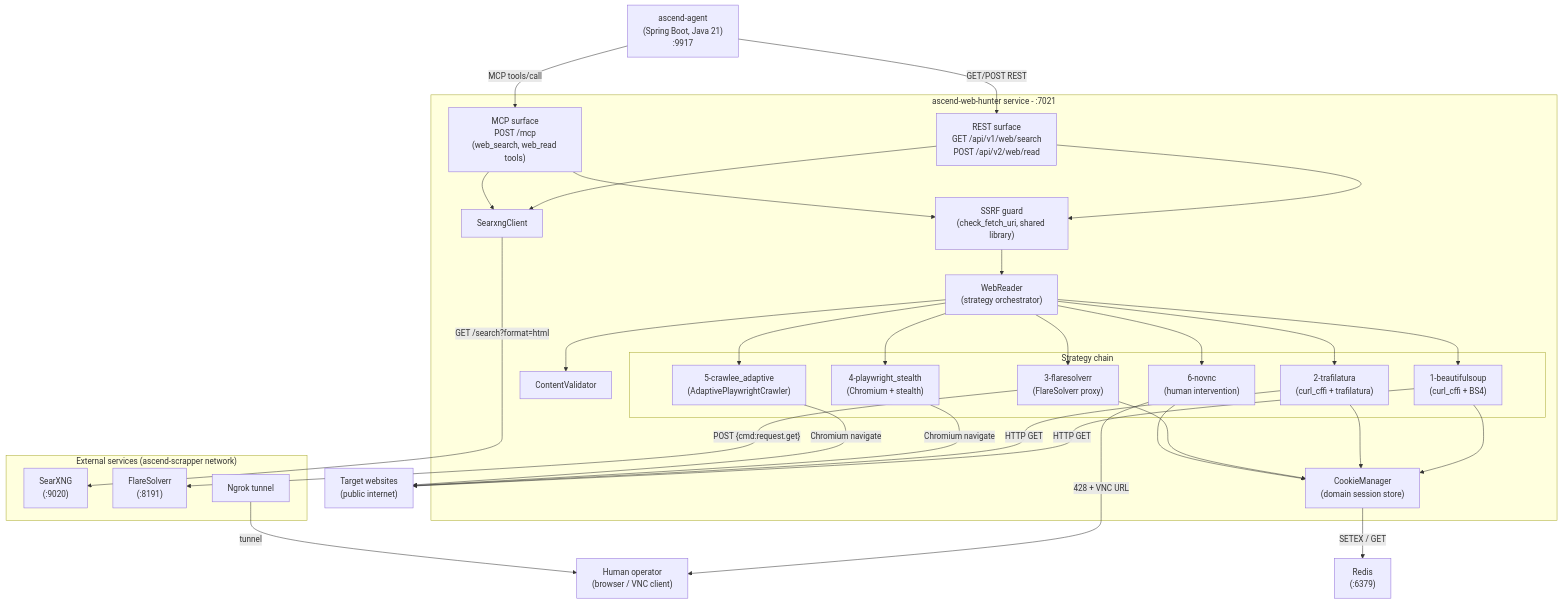
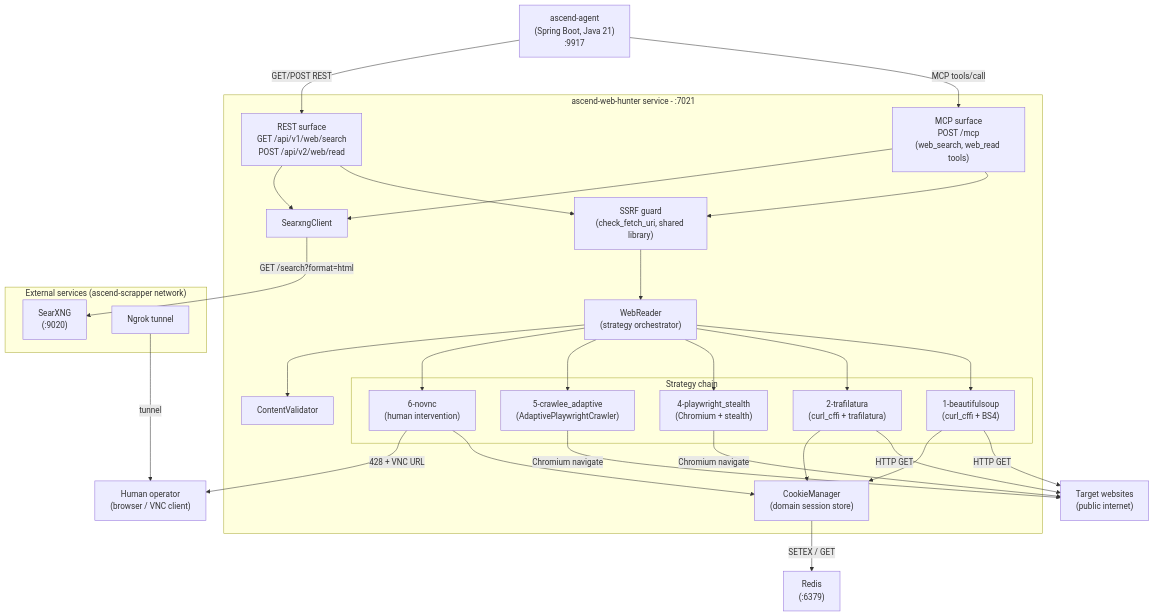
Before and after one commit to Lukk17/AscendAI: the first of 2 diagrams in apps/ascend-web-hunter/docs/architecture/diagrams/container-diagram.md, drawn with Mermaid. The commit also changed other lines of this file and 84 other files, not shown here.

Commit message:
feat(web-hunter): remove the FlareSolverr tier

````diff
--- a/apps/ascend-web-hunter/docs/architecture/diagrams/container-diagram.md
+++ b/apps/ascend-web-hunter/docs/architecture/diagrams/container-diagram.md
@@ -7,63 +7,58 @@
 ```mermaid
 graph TB
     accTitle: ascend-web-hunter C4 Container Diagram
     accDescr: Shows ascend-web-hunter's position in the AscendAI platform, its callers, and its downstream service dependencies.
 
     Agent["ascend-agent<br/>(Spring Boot, Java 21)<br/>:9917"]
     Human["Human operator<br/>(browser / VNC client)"]
 
     subgraph "ascend-web-hunter service - :7021"
         REST["REST surface<br/>GET /api/v1/web/search<br/>POST /api/v2/web/read"]
         MCP["MCP surface<br/>POST /mcp<br/>(web_search, web_read tools)"]
         WR["WebReader<br/>(strategy orchestrator)"]
         Guard["SSRF guard<br/>(check_fetch_uri, shared library)"]
         Validator["ContentValidator"]
         subgraph "Strategy chain"
             S1["1-beautifulsoup<br/>(curl_cffi + BS4)"]
             S2["2-trafilatura<br/>(curl_cffi + trafilatura)"]
-            S3["3-flaresolverr<br/>(FlareSolverr proxy)"]
             S4["4-playwright_stealth<br/>(Chromium + stealth)"]
             S5["5-crawlee_adaptive<br/>(AdaptivePlaywrightCrawler)"]
             S6["6-novnc<br/>(human intervention)"]
         end
         CookieMgr["CookieManager<br/>(domain session store)"]
         SearxClient["SearxngClient"]
     end
 
     subgraph "External services (ascend-scrapper network)"
         SearXNG["SearXNG<br/>(:9020)"]
-        FlareSolverr["FlareSolverr<br/>(:8191)"]
         Ngrok["Ngrok tunnel"]
     end
 
     Redis["Redis<br/>(:6379)"]
     TargetSite["Target websites<br/>(public internet)"]
 
     Agent -->|"MCP tools/call"| MCP
     Agent -->|"GET/POST REST"| REST
     REST --> Guard
     MCP --> Guard
     Guard --> WR
     WR --> S1
     WR --> S2
-    WR --> S3
     WR --> S4
     WR --> S5
     WR --> S6
     WR --> Validator
     REST --> SearxClient
     MCP --> SearxClient
     SearxClient -->|"GET /search?format=html"| SearXNG
-    S3 -->|"POST {cmd:request.get}"| FlareSolverr
     S1 -->|"HTTP GET"| TargetSite
     S2 -->|"HTTP GET"| TargetSite
     S4 -->|"Chromium navigate"| TargetSite
     S5 -->|"Chromium navigate"| TargetSite
     S1 --> CookieMgr
     S2 --> CookieMgr
-    S3 --> CookieMgr
     S6 --> CookieMgr
     CookieMgr -->|"SETEX / GET"| Redis
     S6 -->|"428 + VNC URL"| Human
     Ngrok -->|"tunnel"| Human
 ```
````
